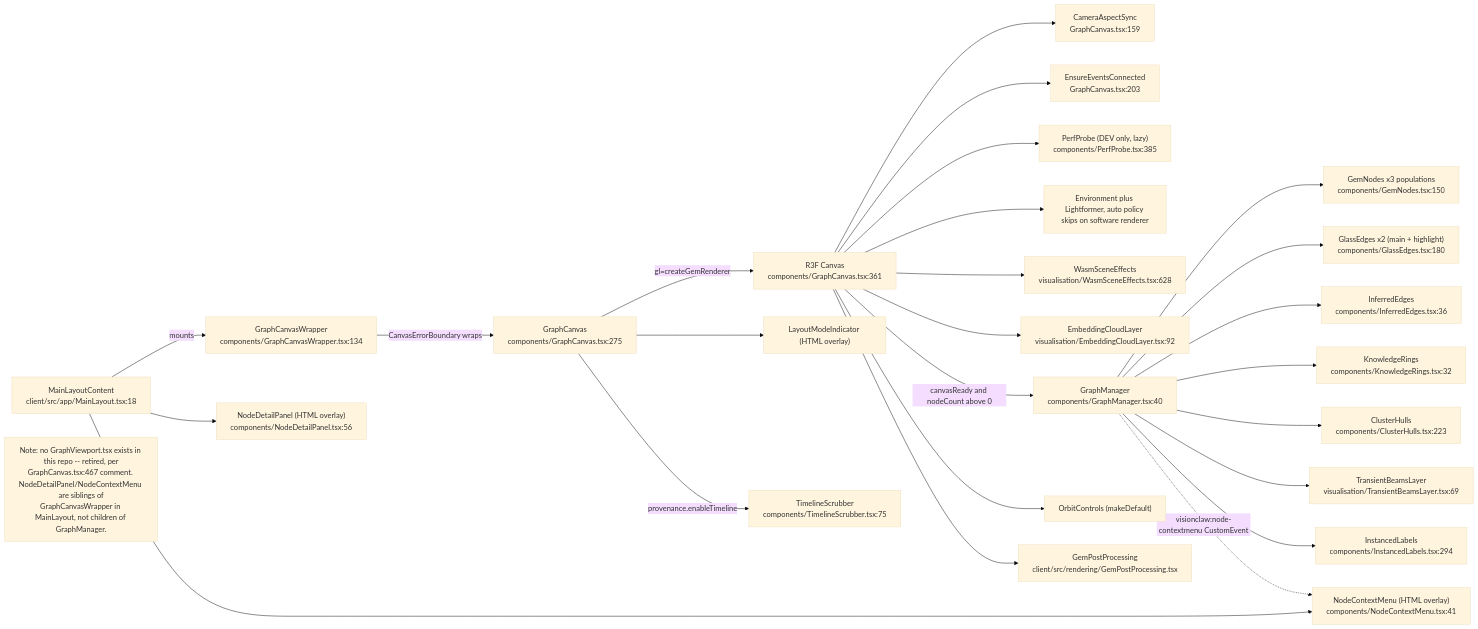
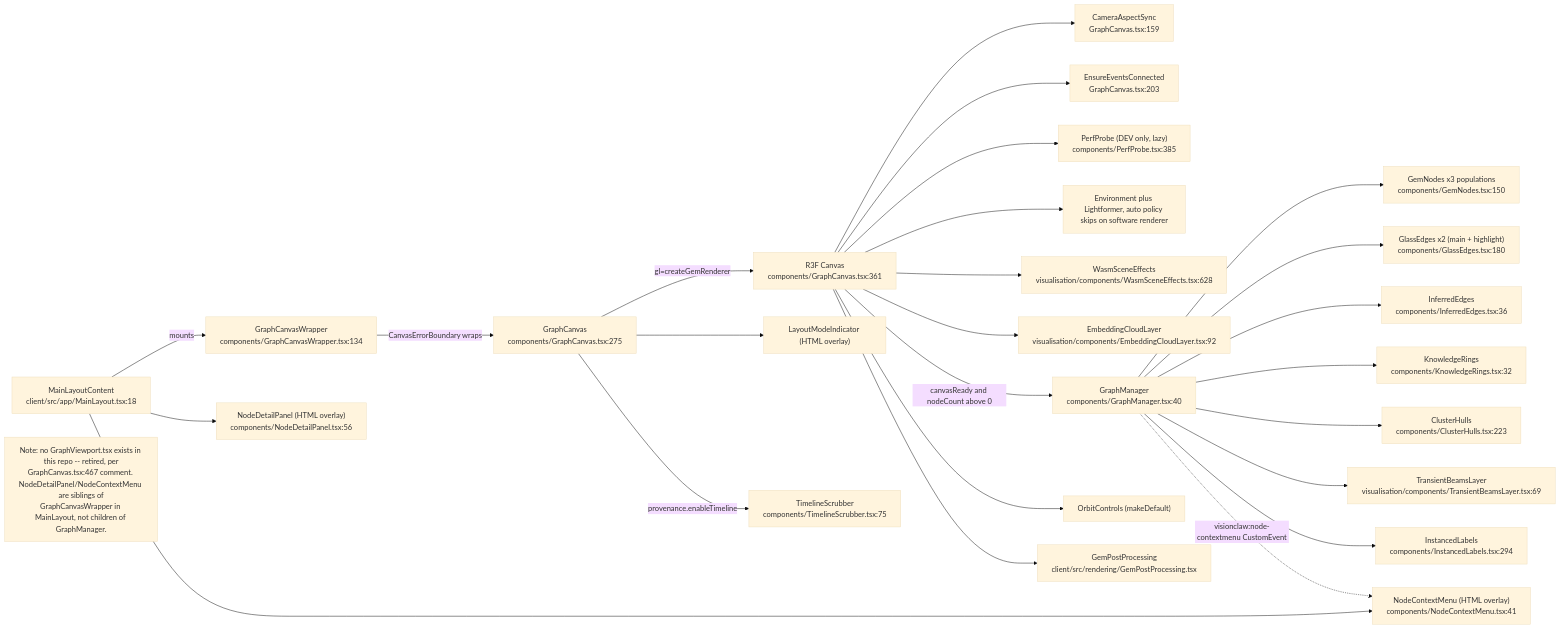
One commit to DreamLab-AI/VisionFlow changed the first of 10 diagrams in docs/diagrams/visionclaw/31-client-graph-render-pipeline.md. Above: the diagram before and after it, drawn with Mermaid (base theme). The commit also changed other lines of this file and 185 other files, not shown here.

Commit message:
docs(estate): reconcile diagrams and ADRs with source and define closeout sprint

````diff
--- a/docs/diagrams/visionclaw/31-client-graph-render-pipeline.md
+++ b/docs/diagrams/visionclaw/31-client-graph-render-pipeline.md
@@ -59,28 +59,28 @@
 ```mermaid
 flowchart LR
     ML["MainLayoutContent<br/>client/src/app/MainLayout.tsx:18"] -->|mounts| GCW["GraphCanvasWrapper<br/>components/GraphCanvasWrapper.tsx:134"]
     GCW -->|CanvasErrorBoundary wraps| GC["GraphCanvas<br/>components/GraphCanvas.tsx:275"]
     GC -->|"gl=createGemRenderer"| CANVAS["R3F Canvas<br/>components/GraphCanvas.tsx:361"]
     CANVAS --> CAS["CameraAspectSync<br/>GraphCanvas.tsx:159"]
     CANVAS --> EEC["EnsureEventsConnected<br/>GraphCanvas.tsx:203"]
     CANVAS --> PP["PerfProbe (DEV only, lazy)<br/>components/PerfProbe.tsx:385"]
     CANVAS --> ENV["Environment plus Lightformer, auto policy skips on software renderer"]
-    CANVAS --> WSE["WasmSceneEffects<br/>visualisation/WasmSceneEffects.tsx:628"]
-    CANVAS --> ECL["EmbeddingCloudLayer<br/>visualisation/EmbeddingCloudLayer.tsx:92"]
+    CANVAS --> WSE["WasmSceneEffects<br/>visualisation/components/WasmSceneEffects.tsx:628"]
+    CANVAS --> ECL["EmbeddingCloudLayer<br/>visualisation/components/EmbeddingCloudLayer.tsx:92"]
     CANVAS -->|"canvasReady and nodeCount above 0"| GM["GraphManager<br/>components/GraphManager.tsx:40"]
     GM --> GN["GemNodes x3 populations<br/>components/GemNodes.tsx:150"]
     GM --> GE["GlassEdges x2 (main + highlight)<br/>components/GlassEdges.tsx:180"]
     GM --> IE["InferredEdges<br/>components/InferredEdges.tsx:36"]
     GM --> KR["KnowledgeRings<br/>components/KnowledgeRings.tsx:32"]
     GM --> CH["ClusterHulls<br/>components/ClusterHulls.tsx:223"]
-    GM --> TBL["TransientBeamsLayer<br/>visualisation/TransientBeamsLayer.tsx:69"]
+    GM --> TBL["TransientBeamsLayer<br/>visualisation/components/TransientBeamsLayer.tsx:69"]
     GM --> IL["InstancedLabels<br/>components/InstancedLabels.tsx:294"]
     CANVAS --> OC["OrbitControls (makeDefault)"]
     CANVAS --> GPP["GemPostProcessing<br/>client/src/rendering/GemPostProcessing.tsx"]
     GC --> LMI["LayoutModeIndicator (HTML overlay)"]
     GC -->|"provenance.enableTimeline"| TS["TimelineScrubber<br/>components/TimelineScrubber.tsx:75"]
     ML --> NDP["NodeDetailPanel (HTML overlay)<br/>components/NodeDetailPanel.tsx:56"]
     ML --> NCM["NodeContextMenu (HTML overlay)<br/>components/NodeContextMenu.tsx:41"]
     GM -.->|"visionclaw:node-contextmenu CustomEvent"| NCM
     Note1["Note: no GraphViewport.tsx exists in this repo -- retired, per<br/>GraphCanvas.tsx:467 comment. NodeDetailPanel/NodeContextMenu are siblings of<br/>GraphCanvasWrapper in MainLayout, not children of GraphManager."]
 ```
````
